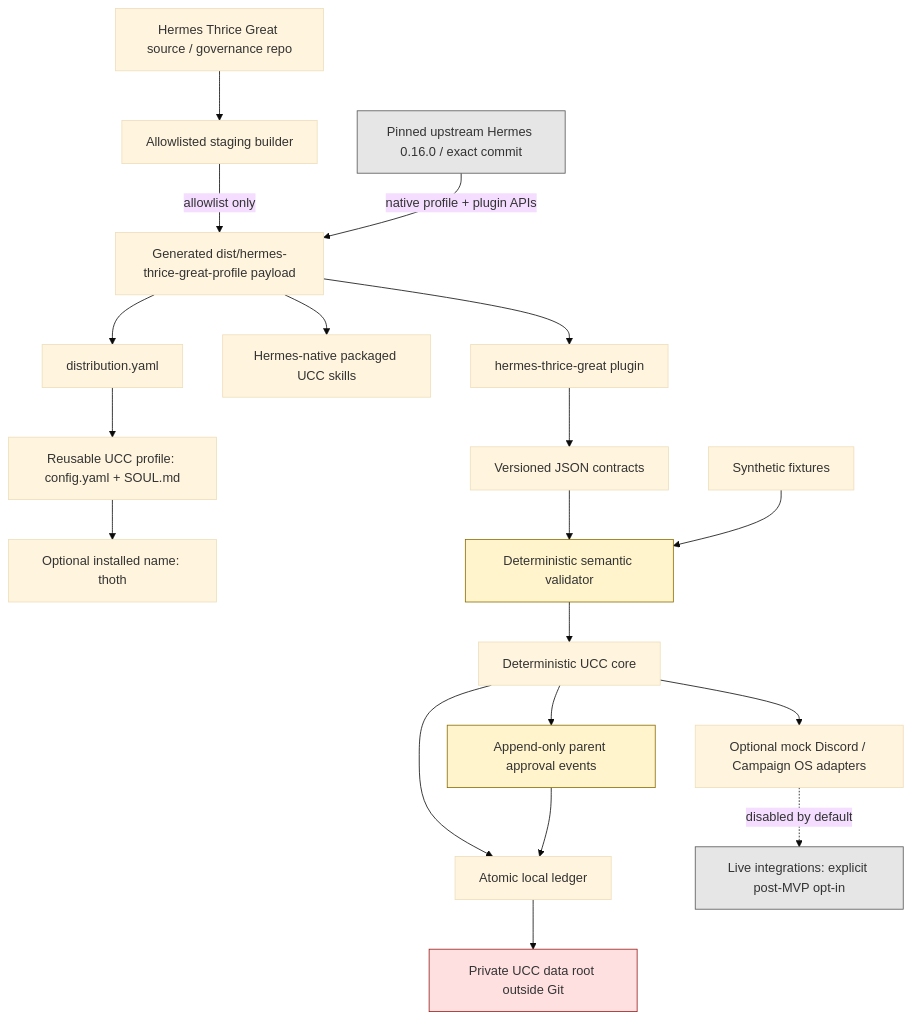
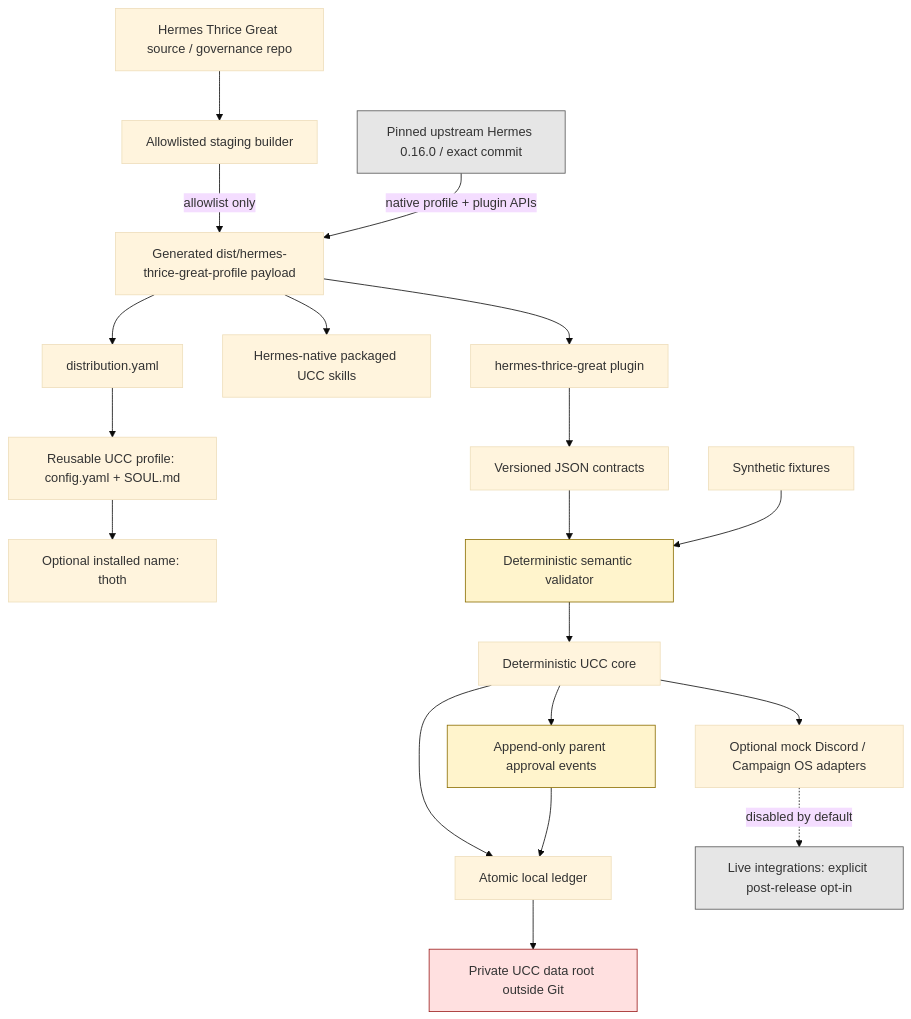
The diagram in docs/active/architecture.mmd (alanism/UCC-hermes-thrice-great-extension), drawn with Mermaid (base theme) before and after one commit. The commit also changed 23 other files, not shown here.

```diff
--- a/docs/active/architecture.mmd
+++ b/docs/active/architecture.mmd
@@ -1,45 +1,45 @@
 flowchart TD
     UP["Pinned upstream Hermes 0.16.0 / exact commit"]
     SOURCE["Hermes Thrice Great source / governance repo"]
     BUILDER["Allowlisted staging builder"]
     DIST["Generated dist/hermes-thrice-great-profile payload"]
     MANIFEST["distribution.yaml"]
     PROFILE["Reusable UCC profile: config.yaml + SOUL.md"]
     ALIAS["Optional installed name: thoth"]
     SKILLS["Hermes-native packaged UCC skills"]
     PLUGIN["hermes-thrice-great plugin"]
     CONTRACTS["Versioned JSON contracts"]
     VALIDATOR["Deterministic semantic validator"]
     CORE["Deterministic UCC core"]
     APPROVAL["Append-only parent approval events"]
     LEDGER["Atomic local ledger"]
     DATA["Private UCC data root outside Git"]
     FIXTURES["Synthetic fixtures"]
     MOCKS["Optional mock Discord / Campaign OS adapters"]
-    LIVE["Live integrations: explicit post-MVP opt-in"]
+    LIVE["Live integrations: explicit post-release opt-in"]
 
     SOURCE --> BUILDER
     BUILDER -->|"allowlist only"| DIST
     UP -->|"native profile + plugin APIs"| DIST
     DIST --> MANIFEST
     MANIFEST --> PROFILE
     PROFILE --> ALIAS
     DIST --> SKILLS
     DIST --> PLUGIN
     PLUGIN --> CONTRACTS
     CONTRACTS --> VALIDATOR
     VALIDATOR --> CORE
     CORE --> APPROVAL
     CORE --> LEDGER
     APPROVAL --> LEDGER
     LEDGER --> DATA
     FIXTURES --> VALIDATOR
     CORE --> MOCKS
     MOCKS -. "disabled by default" .-> LIVE
 
     classDef trust fill:#fff4cc,stroke:#8a6d00
     classDef private fill:#ffe0e0,stroke:#9b1c1c
     classDef external fill:#e6e6e6,stroke:#555
     class UP,LIVE external
     class VALIDATOR,APPROVAL trust
     class DATA private
```
